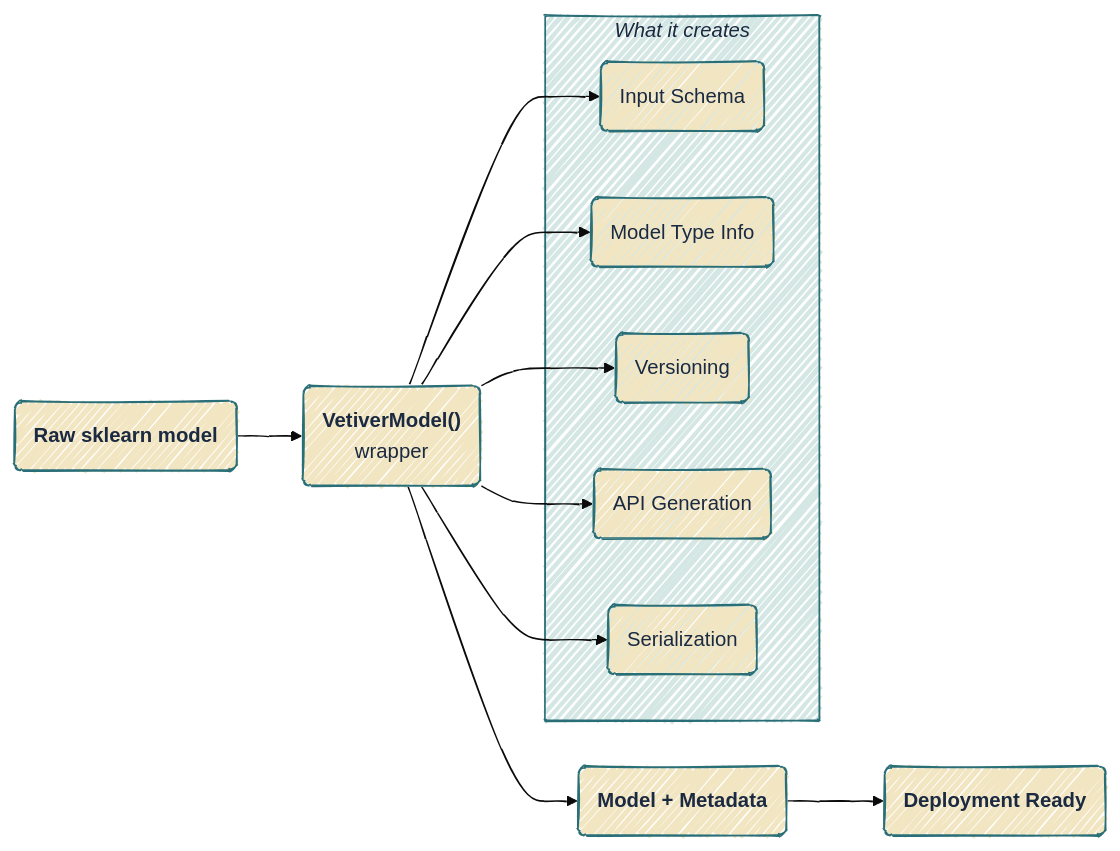
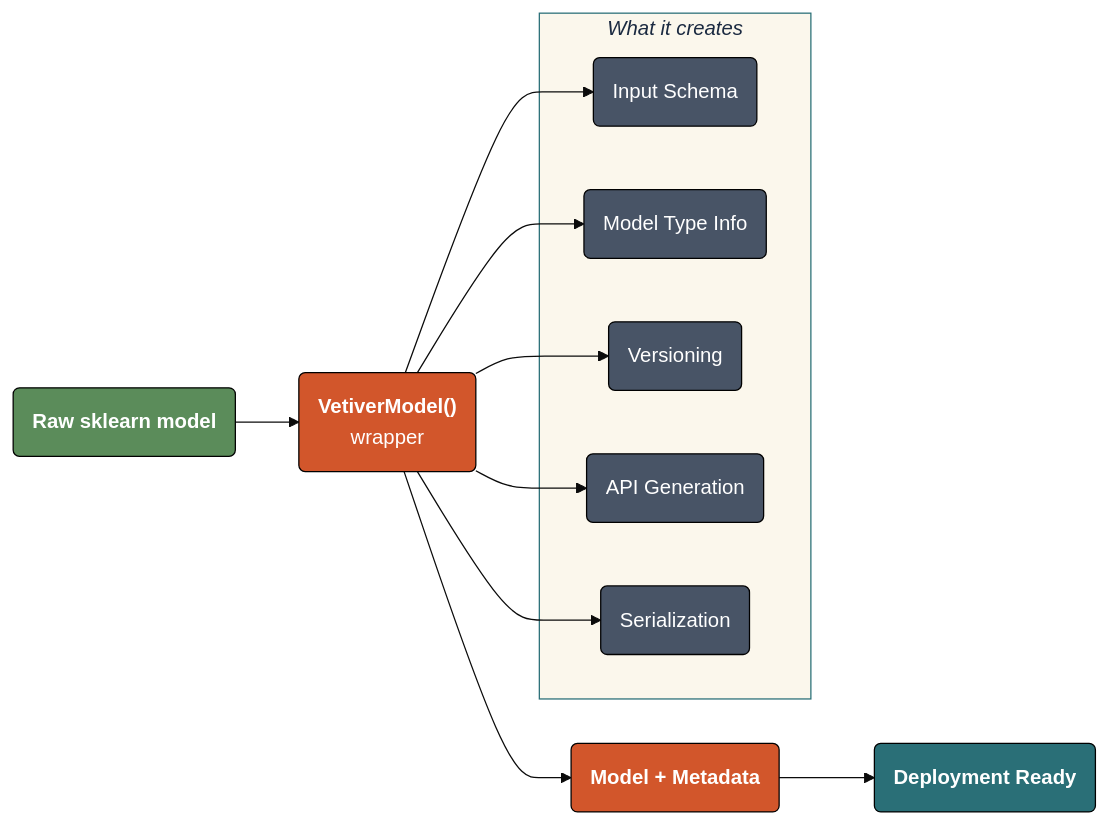
Before and after one commit to mjfrigaard/do4ds-labs: the second of 5 diagrams in lab02.qmd, drawn with Mermaid. The commit also changed other lines of this file and 48 other files, not shown here.

````diff
--- a/lab02.qmd
+++ b/lab02.qmd
@@ -253,29 +255,37 @@
 ```{mermaid}
 %%| fig-cap: 'VetiverModel()'
-%%| fig-align: center
-%%{init: {'theme': 'base', 'look': 'handDrawn', 'themeVariables': {'fontFamily': 'monospace'}}}%%
+%%| fig-align: 'center'
+%%{init: {'theme': 'base', 'themeVariables': {'fontFamily': 'monospace'}}}%%
 
 flowchart LR
     RawMod("<strong>Raw sklearn model</strong>") --> VMod("<strong>VetiverModel()</strong><br>wrapper")
     VMod --> ModMeta("<strong>Model + Metadata</strong>")
     ModMeta --> Dep("<strong>Deployment Ready</strong>")
     
     subgraph Vet["<em>What it creates</em>"]
         InSch("Input Schema")
         ModTypeInfo("Model Type Info")
         Ver("Versioning")
         Api("API Generation")
         Ser("Serialization")
     end
     
     VMod --> InSch
     VMod --> ModTypeInfo 
     VMod --> Ver
     VMod --> Api
     VMod --> Ser
 
     %% Style for outputs %%
-    classDef default fill:#F2E6C2,stroke:#2A6F77,color:#1B2A41
-    style Vet fill:#d4e7e4,stroke:#2A6F77,color:#1B2A41
+    style RawMod fill:#5B8C5A,stroke:#000000,stroke-width:1px,color:#ffffff
+    style VMod fill:#D2562B,stroke:#000000,stroke-width:1px,color:#ffffff
+    style ModMeta fill:#D2562B,stroke:#000000,stroke-width:1px,color:#ffffff
+    style Dep fill:#2A6F77,stroke:#000000,stroke-width:1px,color:#ffffff
+    style InSch fill:#485466,stroke:#000000,stroke-width:1px,color:#ffffff
+    style ModTypeInfo fill:#485466,stroke:#000000,stroke-width:1px,color:#ffffff
+    style Ver fill:#485466,stroke:#000000,stroke-width:1px,color:#ffffff
+    style Api fill:#485466,stroke:#000000,stroke-width:1px,color:#ffffff
+    style Ser fill:#485466,stroke:#000000,stroke-width:1px,color:#ffffff
+    style Vet fill:#fbf7ec,stroke:#2A6F77,color:#1B2A41
     
 ```
````
